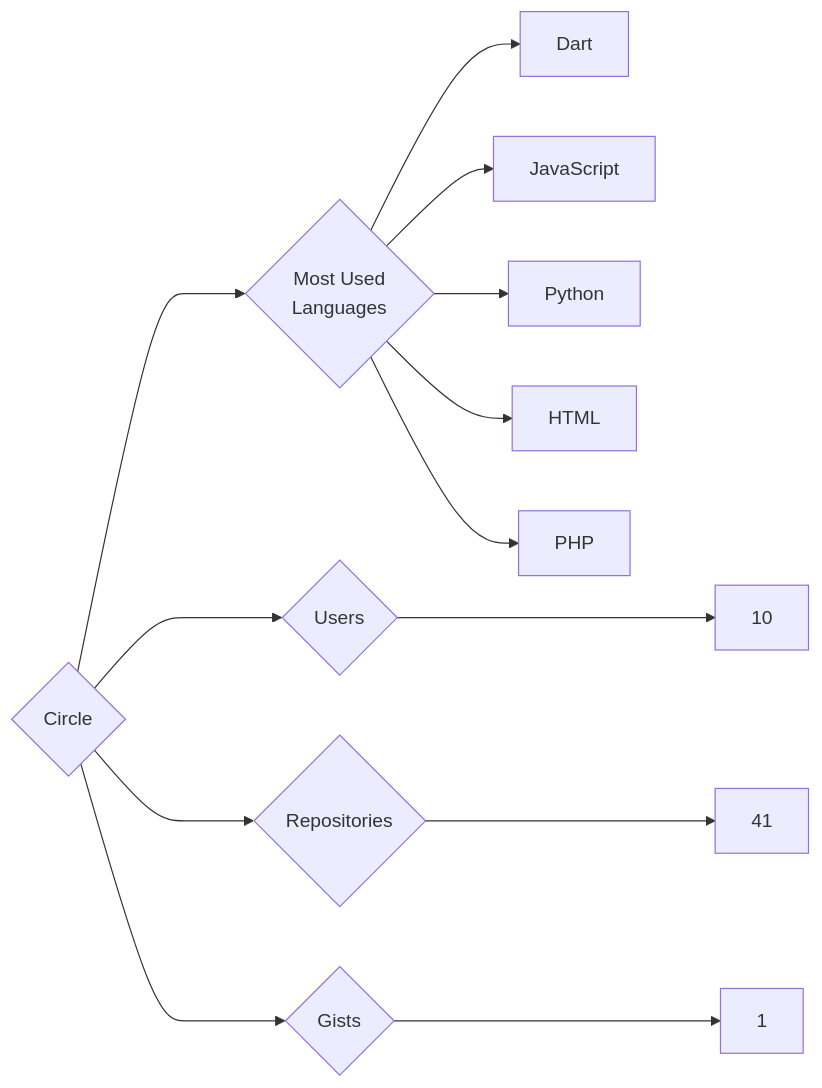
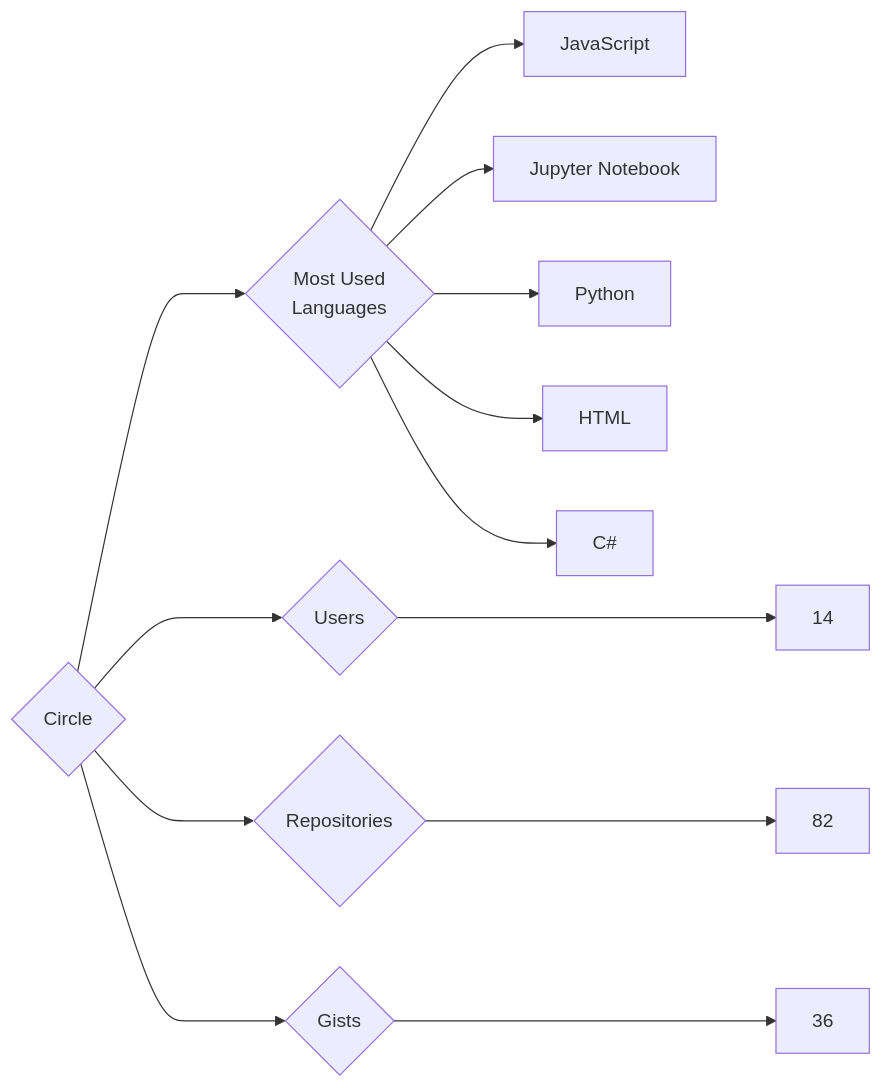
Before and after one commit to trickest/insiders: the diagram in targets/Circle/README.md, drawn with Mermaid. The commit also changed 882 other files, not shown here.

````diff
--- a/targets/Circle/README.md
+++ b/targets/Circle/README.md
@@ -3,13 +3,13 @@
 ```mermaid
 graph LR
 COMPANY_NAME{Circle}
-COMPANY_NAME ---> U{Users} ---> UN[10]
-COMPANY_NAME ---> R{Repositories} ---> RN[41]
-COMPANY_NAME ---> G{Gists} ---> GN[1]
+COMPANY_NAME ---> U{Users} ---> UN[14]
+COMPANY_NAME ---> R{Repositories} ---> RN[82]
+COMPANY_NAME ---> G{Gists} ---> GN[36]
 COMPANY_NAME ---> ML{Most Used<br>Languages}
-ML --> Dart[Dart]
 ML --> JavaScript[JavaScript]
+ML --> Jupyter_Notebook[Jupyter Notebook]
 ML --> Python[Python]
 ML --> HTML[HTML]
-ML --> PHP[PHP]
+ML --> C#[C#]
 ```
````
